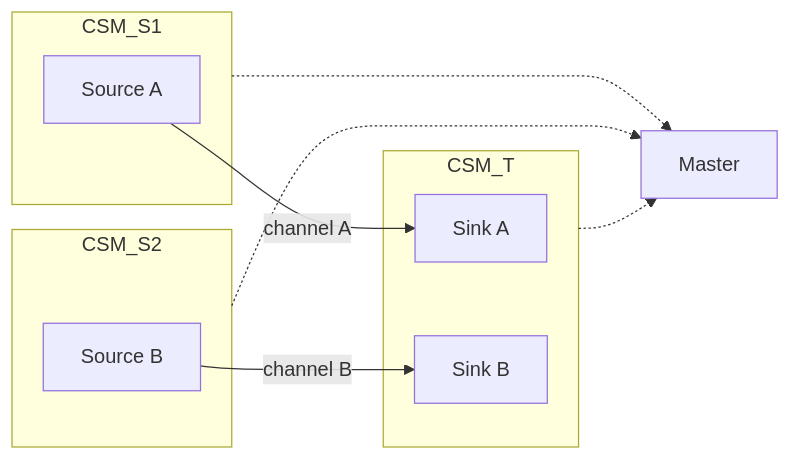
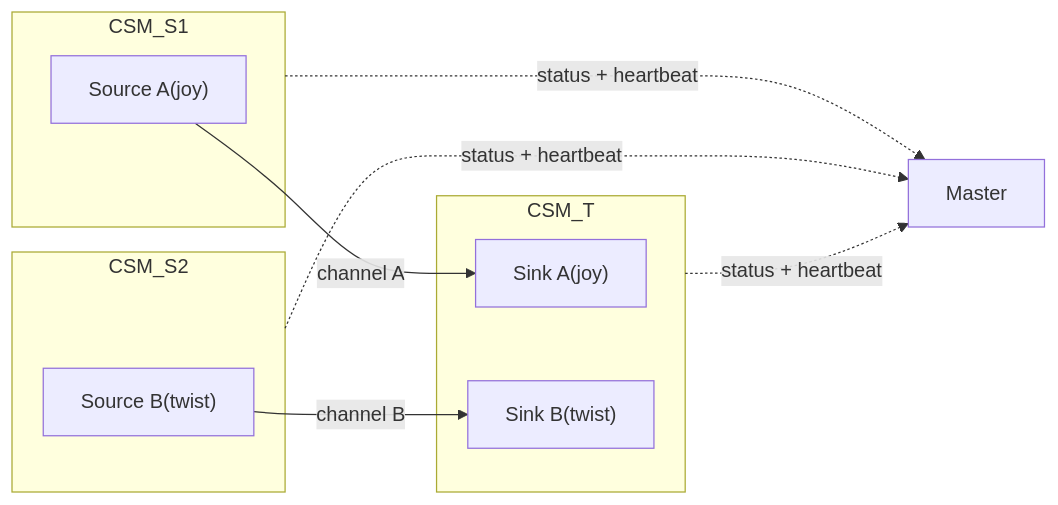
Before and after one commit to cocobird231/rv2_project: diagram 18 of 42 in r1_design_draft.md, drawn with Mermaid. The commit also changed other lines of this file, not shown here.

````diff
--- a/r1_design_draft.md
+++ b/r1_design_draft.md
@@ -1567,19 +1756,19 @@
 ```mermaid
 flowchart LR
     subgraph S1["CSM_S1"]
-        SA["Source A"]
+        SA["Source A(joy)"]
     end
     subgraph S2["CSM_S2"]
-        SB["Source B"]
+        SB["Source B(twist)"]
     end
     subgraph T["CSM_T"]
-        KA["Sink A"]
-        KB["Sink B"]
+        KA["Sink A(joy)"]
+        KB["Sink B(twist)"]
     end
     M["Master"]
     SA -->|"channel A"| KA
     SB -->|"channel B"| KB
-    S1 -.-> M
-    S2 -.-> M
-    T -.-> M
+    S1 -.->|"status + heartbeat"| M
+    S2 -.->|"status + heartbeat"| M
+    T -.->|"status + heartbeat"| M
 ```
````
